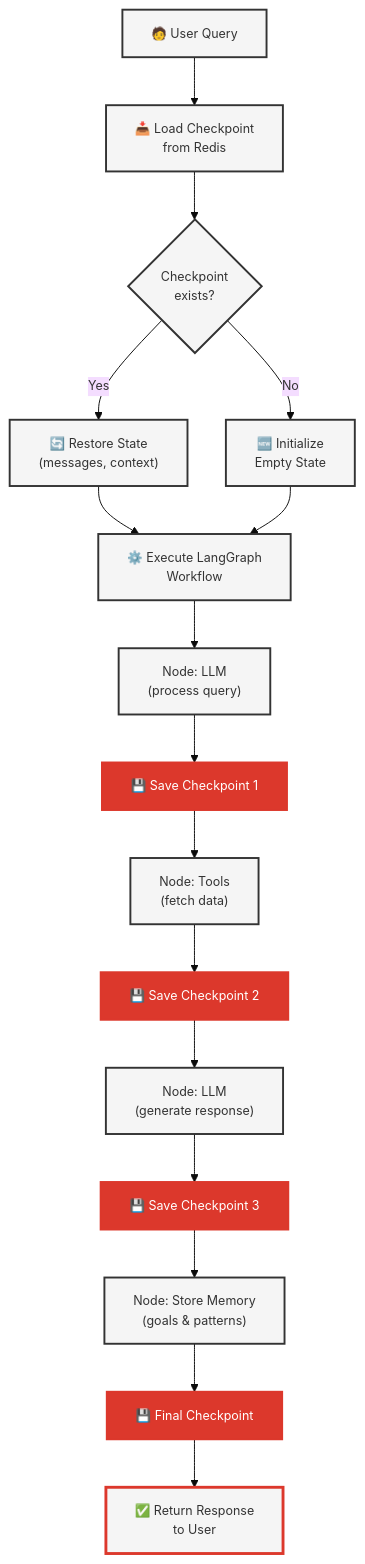
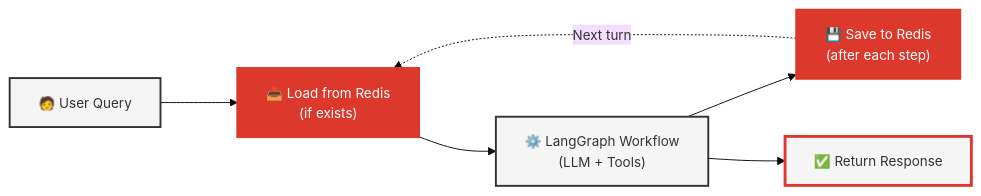
Before and after one commit to AllieRays/redis-wellness: the second of 2 diagrams in docs/12_LANGGRAPH_CHECKPOINTING.md, drawn with Mermaid. The commit also changed 2 other files, not shown here.

````diff
--- a/docs/12_LANGGRAPH_CHECKPOINTING.md
+++ b/docs/12_LANGGRAPH_CHECKPOINTING.md
@@ -126,42 +126,21 @@
 ```mermaid
-%%{init: {'theme':'base', 'themeVariables': { 'fontSize':'13px'}, 'flowchart': {'nodeSpacing': 40, 'rankSpacing': 50}}}%%
-flowchart TD
-    Start["🧑 User Query"] --> Load["📥 Load Checkpoint<br/>from Redis"]
-    Load --> Check{"Checkpoint<br/>exists?"}
-
-    Check -->|"Yes"| Restore["🔄 Restore State<br/>(messages, context)"]
-    Check -->|"No"| Init["🆕 Initialize<br/>Empty State"]
-
-    Restore --> Execute["⚙️ Execute LangGraph<br/>Workflow"]
-    Init --> Execute
-
-    Execute --> Node1["Node: LLM<br/>(process query)"]
-    Node1 --> Save1["💾 Save Checkpoint 1"]
-
-    Save1 --> Node2["Node: Tools<br/>(fetch data)"]
-    Node2 --> Save2["💾 Save Checkpoint 2"]
-
-    Save2 --> Node3["Node: LLM<br/>(generate response)"]
-    Node3 --> Save3["💾 Save Checkpoint 3"]
-
-    Save3 --> Store["Node: Store Memory<br/>(goals & patterns)"]
-    Store --> Final["💾 Final Checkpoint"]
-
-    Final --> Response["✅ Return Response<br/>to User"]
-
+%%{init: {'theme':'base', 'themeVariables': { 'fontSize':'14px'}, 'flowchart': {'nodeSpacing': 60, 'rankSpacing': 80}}}%%
+flowchart LR
+    Start["🧑 User Query"]
+    Load["📥 Load from Redis<br/>(if exists)"]
+    Execute["⚙️ LangGraph Workflow<br/>(LLM + Tools)"]
+    Save["💾 Save to Redis<br/>(after each step)"]
+    Response["✅ Return Response"]
+    
+    Start --> Load
+    Load --> Execute
+    Execute --> Save
+    Save -."Next turn".-> Load
+    Execute --> Response
+    
     style Start fill:#f5f5f5,stroke:#333,stroke-width:2px
-    style Load fill:#f5f5f5,stroke:#333,stroke-width:2px
-    style Check fill:#f5f5f5,stroke:#333,stroke-width:2px
-    style Restore fill:#f5f5f5,stroke:#333,stroke-width:2px
-    style Init fill:#f5f5f5,stroke:#333,stroke-width:2px
+    style Load fill:#DC382C,stroke:#DC382C,stroke-width:2px,color:#fff
     style Execute fill:#f5f5f5,stroke:#333,stroke-width:2px
-    style Node1 fill:#f5f5f5,stroke:#333,stroke-width:2px
-    style Node2 fill:#f5f5f5,stroke:#333,stroke-width:2px
-    style Node3 fill:#f5f5f5,stroke:#333,stroke-width:2px
-    style Store fill:#f5f5f5,stroke:#333,stroke-width:2px
-    style Save1 fill:#DC382C,stroke:#DC382C,stroke-width:2px,color:#fff
-    style Save2 fill:#DC382C,stroke:#DC382C,stroke-width:2px,color:#fff
-    style Save3 fill:#DC382C,stroke:#DC382C,stroke-width:2px,color:#fff
-    style Final fill:#DC382C,stroke:#DC382C,stroke-width:2px,color:#fff
+    style Save fill:#DC382C,stroke:#DC382C,stroke-width:2px,color:#fff
     style Response fill:#f5f5f5,stroke:#DC382C,stroke-width:3px
 ```
````
